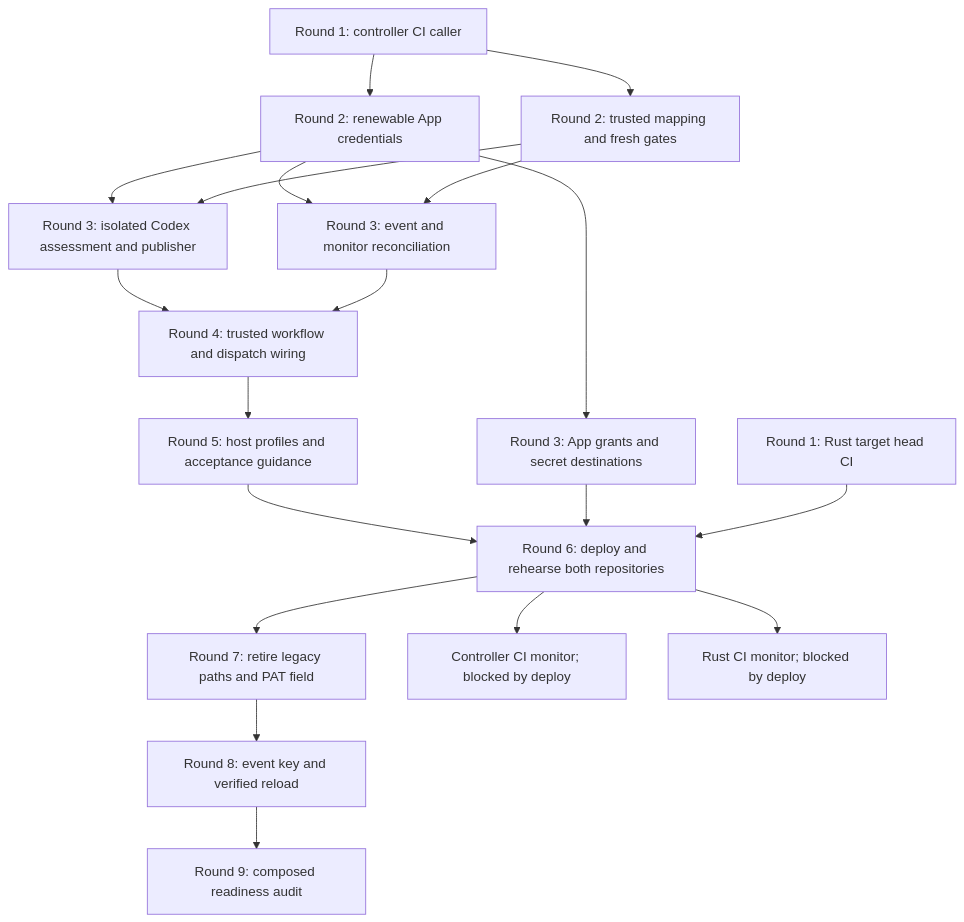
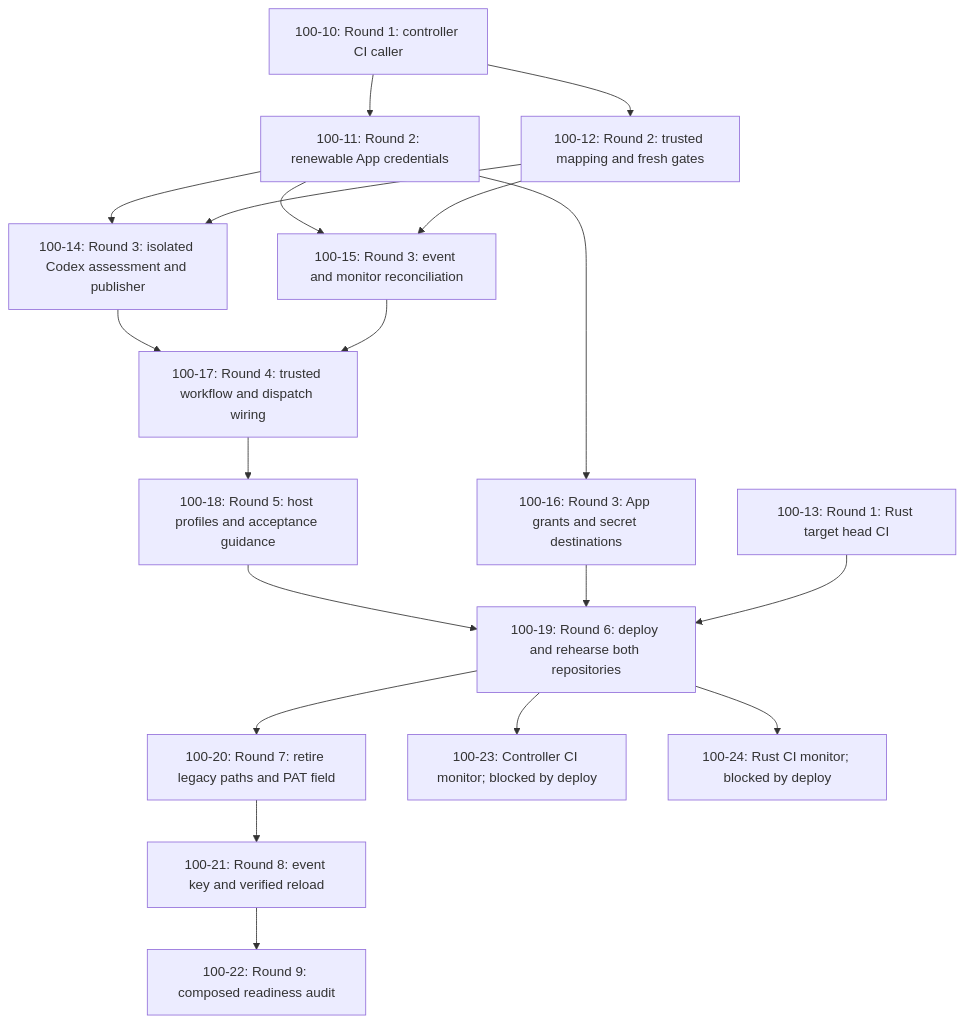
The diagram in docs/symphony-plans/fan-out-plan-100-7-hackathon-ready.md (1000lines/symphony-example), drawn with Mermaid before and after one commit. The commit also changed other lines of this file and 4 other files, not shown here.

Commit message:
[100-8]: record accepted fan-out and annotate issue graph

````diff
--- a/docs/symphony-plans/fan-out-plan-100-7-hackathon-ready.md
+++ b/docs/symphony-plans/fan-out-plan-100-7-hackathon-ready.md
@@ -80,37 +85,37 @@
 ```mermaid
 %% symphony-dag/v1
 flowchart TD
-  CI["Round 1: controller CI caller"]
-  APP["Round 2: renewable App credentials"]
-  GATE["Round 2: trusted mapping and fresh gates"]
-  RUST["Round 1: Rust target head CI"]
-  CODEX["Round 3: isolated Codex assessment and publisher"]
-  WAIT["Round 3: event and monitor reconciliation"]
-  INSTALL["Round 3: App grants and secret destinations"]
-  ROUTE["Round 4: trusted workflow and dispatch wiring"]
-  GUIDE["Round 5: host profiles and acceptance guidance"]
-  DEPLOY["Round 6: deploy and rehearse both repositories"]
-  RETIRE["Round 7: retire legacy paths and PAT field"]
-  ROTATE["Round 8: event key and verified reload"]
-  FINAL["Round 9: composed readiness audit"]
-  MON_CONTROLLER["Controller CI monitor; blocked by deploy"]
-  MON_RUST["Rust CI monitor; blocked by deploy"]
+  CI["100-10: Round 1: controller CI caller"]
+  APP["100-11: Round 2: renewable App credentials"]
+  GATE["100-12: Round 2: trusted mapping and fresh gates"]
+  RUST["100-13: Round 1: Rust target head CI"]
+  CODEX["100-14: Round 3: isolated Codex assessment and publisher"]
+  WAIT["100-15: Round 3: event and monitor reconciliation"]
+  INSTALL["100-16: Round 3: App grants and secret destinations"]
+  ROUTE["100-17: Round 4: trusted workflow and dispatch wiring"]
+  GUIDE["100-18: Round 5: host profiles and acceptance guidance"]
+  DEPLOY["100-19: Round 6: deploy and rehearse both repositories"]
+  RETIRE["100-20: Round 7: retire legacy paths and PAT field"]
+  ROTATE["100-21: Round 8: event key and verified reload"]
+  FINAL["100-22: Round 9: composed readiness audit"]
+  MON_CONTROLLER["100-23: Controller CI monitor; blocked by deploy"]
+  MON_RUST["100-24: Rust CI monitor; blocked by deploy"]
   CI --> APP
   CI --> GATE
   APP --> CODEX
   GATE --> CODEX
   APP --> WAIT
   GATE --> WAIT
   APP --> INSTALL
   CODEX --> ROUTE
   WAIT --> ROUTE
   ROUTE --> GUIDE
   GUIDE --> DEPLOY
   INSTALL --> DEPLOY
   RUST --> DEPLOY
   DEPLOY --> RETIRE
   ROTATE --> FINAL
   RETIRE --> ROTATE
   DEPLOY --> MON_CONTROLLER
   DEPLOY --> MON_RUST
 ```
````
